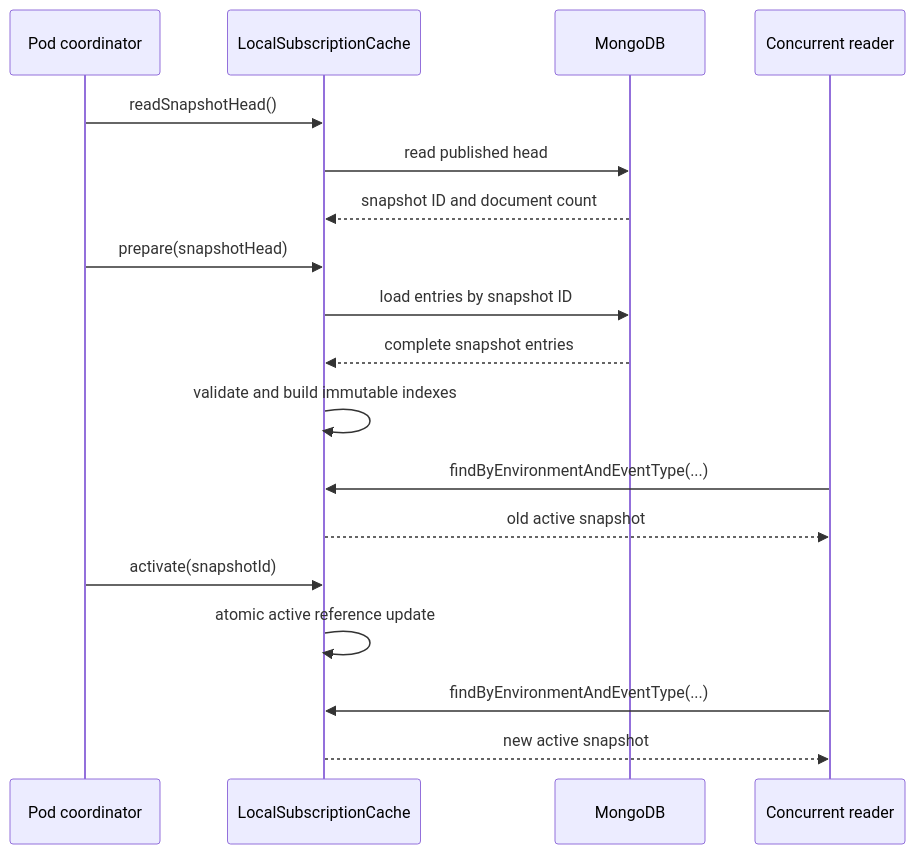
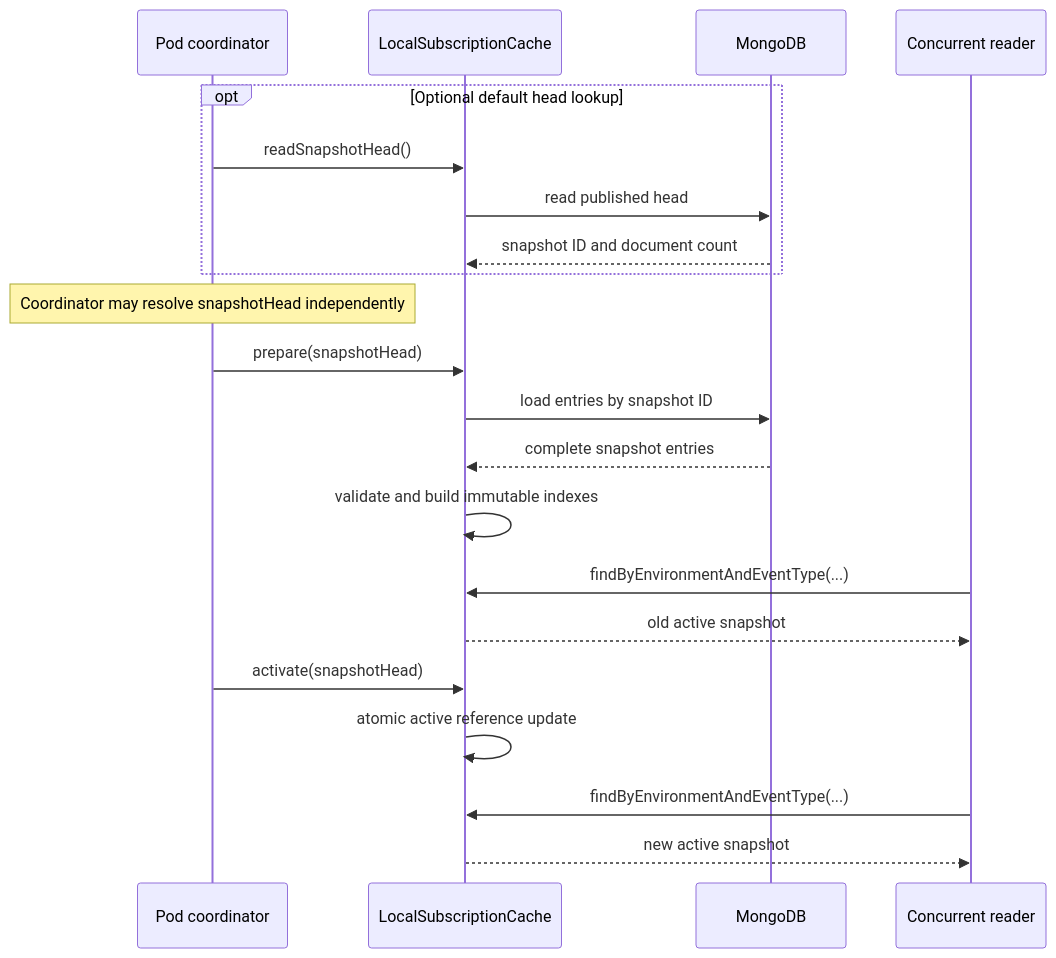
Before and after one commit to telekom/pubsub-horizon-spring-parent: the second of 2 diagrams in docs/local-subscription-cache.md, drawn with Mermaid. The commit also changed other lines of this file and 4 other files, not shown here.

First line of the commit message:
Align local subscription cache activation with snapshot head

````diff
--- a/docs/local-subscription-cache.md
+++ b/docs/local-subscription-cache.md
@@ -112,21 +134,24 @@
 ```mermaid
 sequenceDiagram
     participant Coordinator as Pod coordinator
     participant Cache as LocalSubscriptionCache
     participant Mongo as MongoDB
     participant Reader as Concurrent reader
 
-    Coordinator->>Cache: readSnapshotHead()
-    Cache->>Mongo: read published head
-    Mongo-->>Cache: snapshot ID and document count
+    opt Optional default head lookup
+        Coordinator->>Cache: readSnapshotHead()
+        Cache->>Mongo: read published head
+        Mongo-->>Cache: snapshot ID and document count
+    end
+    Note over Coordinator: Coordinator may resolve snapshotHead independently
     Coordinator->>Cache: prepare(snapshotHead)
     Cache->>Mongo: load entries by snapshot ID
     Mongo-->>Cache: complete snapshot entries
     Cache->>Cache: validate and build immutable indexes
     Reader->>Cache: findByEnvironmentAndEventType(...)
     Cache-->>Reader: old active snapshot
-    Coordinator->>Cache: activate(snapshotId)
+    Coordinator->>Cache: activate(snapshotHead)
     Cache->>Cache: atomic active reference update
     Reader->>Cache: findByEnvironmentAndEventType(...)
     Cache-->>Reader: new active snapshot
 ```
````
